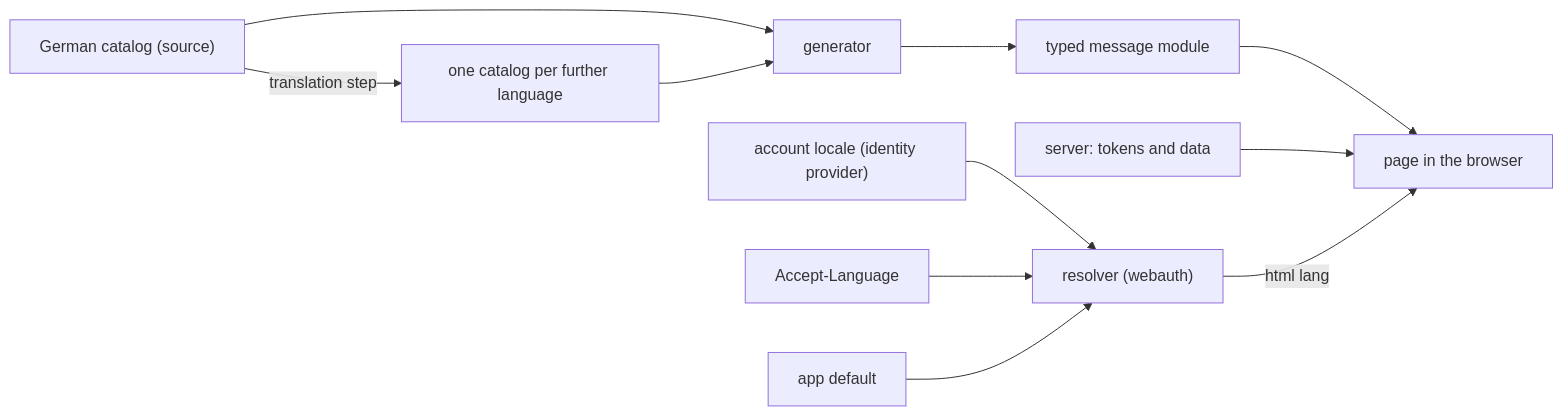
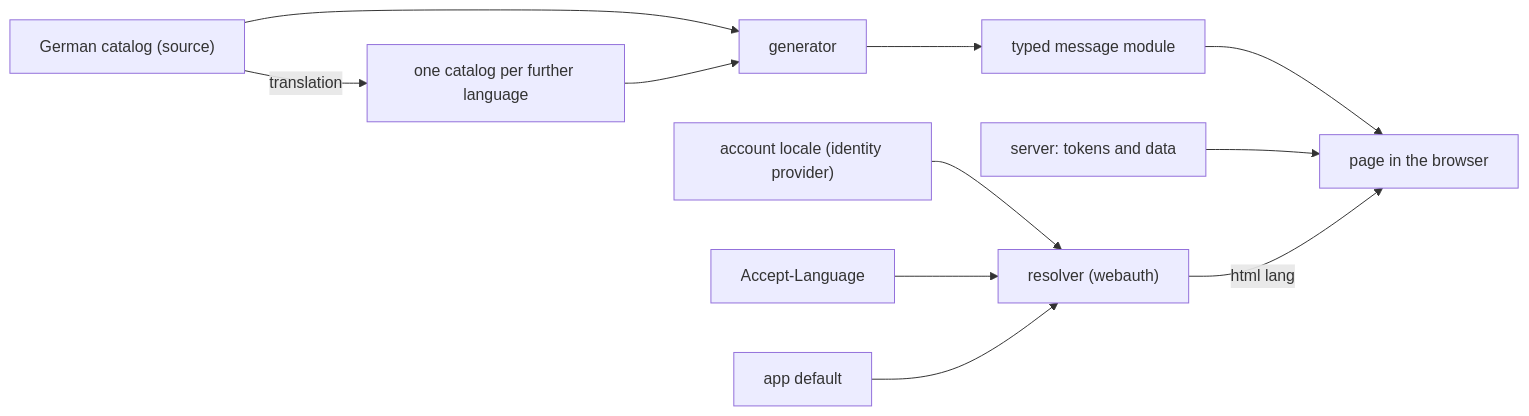
Before and after one commit to overnightworks/appkit: the diagram in docs/languages.md, drawn with Mermaid. The commit also changed other lines of this file and 1 other file, not shown here.

````diff
--- a/docs/languages.md
+++ b/docs/languages.md
@@ -33,13 +31,13 @@
 ```mermaid
 flowchart LR
-  source["German catalog (source)"] -- translation step --> other["one catalog per further language"]
+  source["German catalog (source)"] -- translation --> other["one catalog per further language"]
   source --> gen[generator]
   other --> gen
   gen --> module[typed message module]
   module --> page[page in the browser]
   server["server: tokens and data"] --> page
   account["account locale (identity provider)"] --> resolver["resolver (webauth)"]
   header[Accept-Language] --> resolver
   default[app default] --> resolver
   resolver -- html lang --> page
 ```
````
